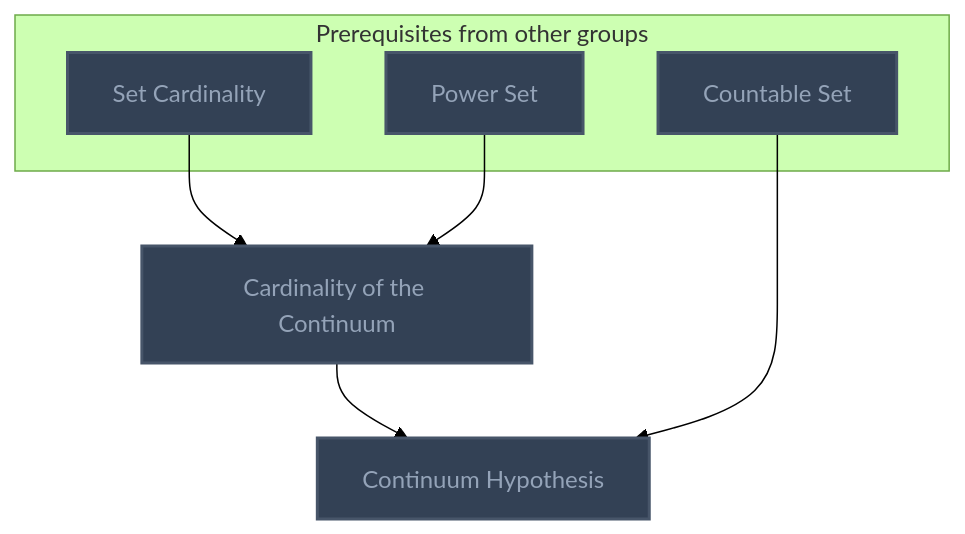
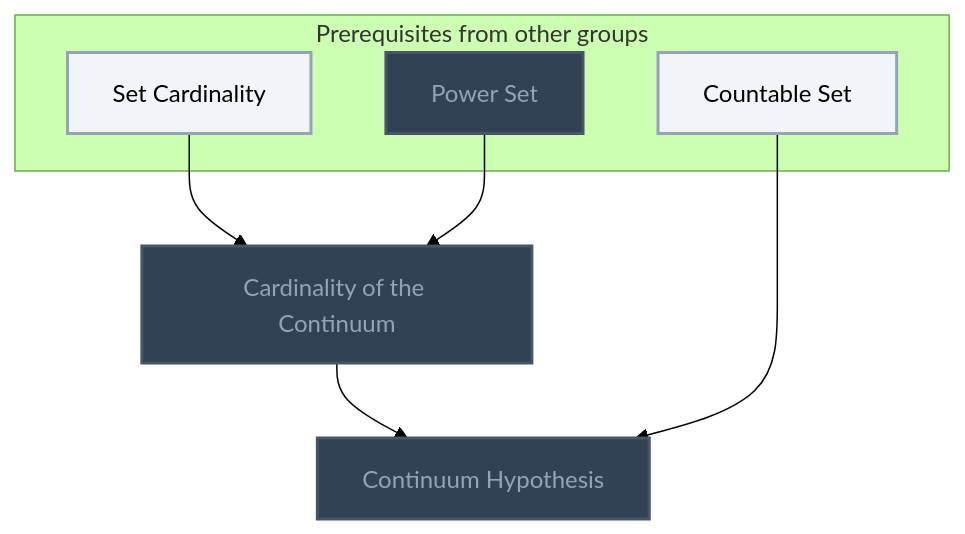
One commit to MRauf1/My-Notes changed the third of 13 diagrams in Gamification/Skill Trees/Measure Theory.md. Above: the diagram before and after it, drawn with Mermaid (forest theme). The commit also changed other lines of this file and 156 other files, not shown here.

````diff
--- a/Gamification/Skill Trees/Measure Theory.md
+++ b/Gamification/Skill Trees/Measure Theory.md
@@ -81,25 +83,26 @@
 ```mermaid
 flowchart TD
     classDef planned fill:#1E293B,stroke:#64748B,stroke-width:2px,stroke-dasharray:5 5,color:#94A3B8;
     classDef locked fill:#334155,stroke:#475569,stroke-width:2px,color:#94A3B8;
     classDef L0 fill:#F1F5F9,stroke:#94A3B8,stroke-width:2px,color:#000000;
     classDef L1 fill:#22C55E,stroke:#15803D,stroke-width:2px,color:#000000;
     classDef L2 fill:#3B82F6,stroke:#1D4ED8,stroke-width:3px,color:#FFFFFF;
     classDef L3 fill:#A855F7,stroke:#6B21A8,stroke-width:3px,color:#FFFFFF,font-weight:bold;
     classDef L4 fill:#F97316,stroke:#C2410C,stroke-width:4px,color:#000000,font-weight:bold;
     classDef L5 fill:#FFD700,stroke:#FF8C00,stroke-width:5px,color:#000000,font-weight:bold;
     classDef rusty stroke:#8B4513,stroke-width:4px,stroke-dasharray:3 3;
     subgraph sg_prereqs["Prerequisites from other groups"]
         n_set_cardinality["Set Cardinality"]
         n_power_set["Power Set"]
         n_countable_set["Countable Set"]
     end
     n_cardinality_of_the_continuum["Cardinality of the Continuum"]
     n_continuum_hypothesis["Continuum Hypothesis"]
     n_set_cardinality --> n_cardinality_of_the_continuum
     n_power_set --> n_cardinality_of_the_continuum
     n_cardinality_of_the_continuum --> n_continuum_hypothesis
     n_countable_set --> n_continuum_hypothesis
-    class n_set_cardinality,n_power_set,n_countable_set,n_cardinality_of_the_continuum,n_continuum_hypothesis locked;
+    class n_power_set,n_cardinality_of_the_continuum,n_continuum_hypothesis locked;
+    class n_set_cardinality,n_countable_set L0;
     class n_set_cardinality,n_power_set,n_countable_set,n_cardinality_of_the_continuum,n_continuum_hypothesis internal-link;
 ```
````
